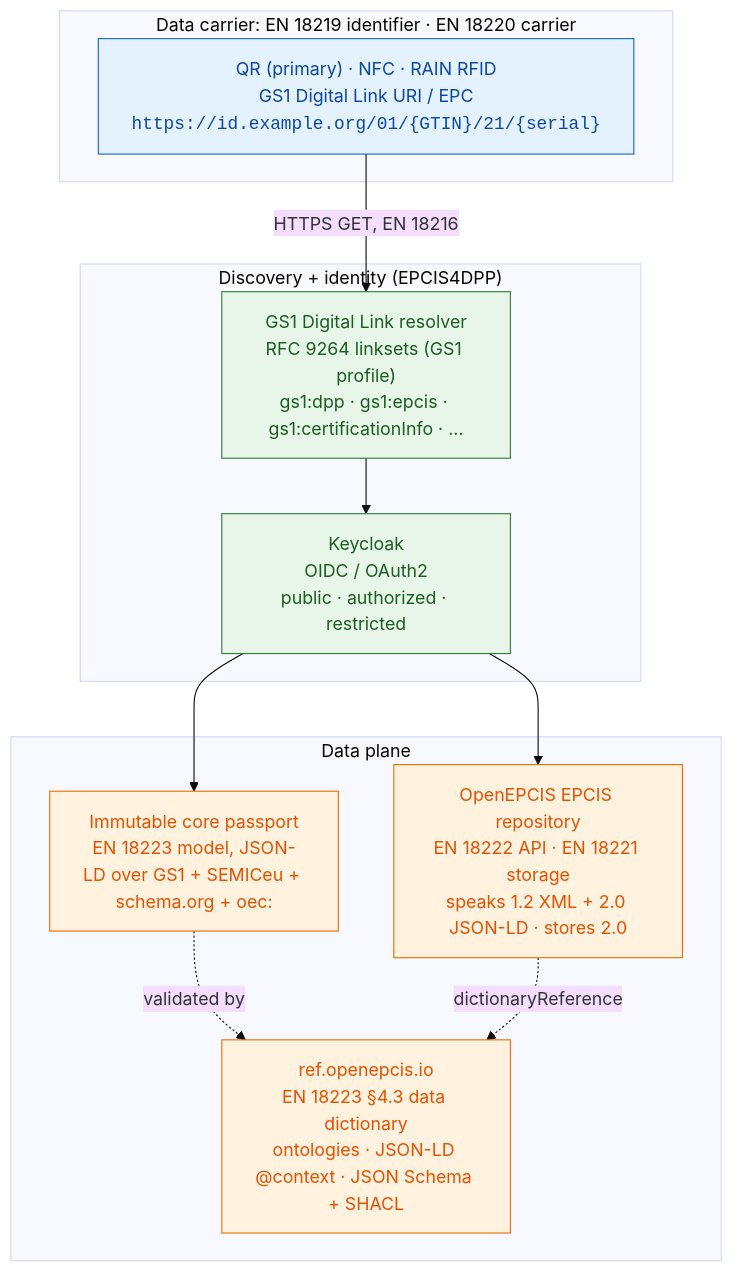
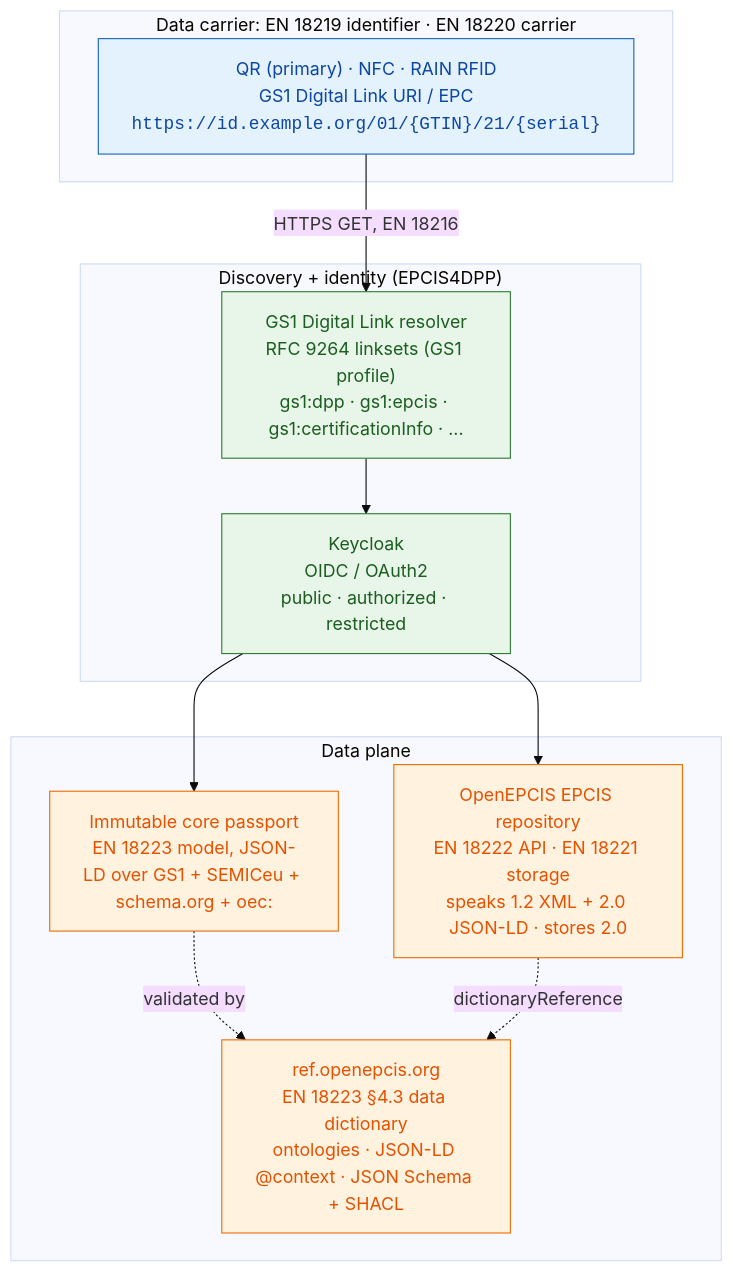
The first of 3 diagrams in extensions/common/interop/docs/GS1_STACK_EN182XX_WHITEPAPER.md (openepcis/openepcis-dpp-ready), drawn with Mermaid (base theme) before and after one commit. The commit also changed other lines of this file and 532 other files, not shown here.

````diff
--- a/extensions/common/interop/docs/GS1_STACK_EN182XX_WHITEPAPER.md
+++ b/extensions/common/interop/docs/GS1_STACK_EN182XX_WHITEPAPER.md
@@ -137,31 +137,31 @@
 ```mermaid
 flowchart TB
     subgraph CARRIER["Data carrier: EN 18219 identifier · EN 18220 carrier"]
         QR["QR (primary) · NFC · RAIN RFID<br/>GS1 Digital Link URI / EPC<br/><code>https://id.example.org/01/{GTIN}/21/{serial}</code>"]
     end
 
     subgraph EDGE["Discovery + identity (EPCIS4DPP)"]
         KC["Keycloak<br/>OIDC / OAuth2<br/>public · authorized · restricted"]
         DLR["GS1 Digital Link resolver<br/>RFC 9264 linksets (GS1 profile)<br/>gs1:dpp · gs1:epcis · gs1:certificationInfo · ..."]
     end
 
     subgraph DATA["Data plane"]
-        REG["ref.openepcis.io<br/>EN 18223 §4.3 data dictionary<br/>ontologies · JSON-LD @context · JSON Schema + SHACL"]
+        REG["ref.openepcis.org<br/>EN 18223 §4.3 data dictionary<br/>ontologies · JSON-LD @context · JSON Schema + SHACL"]
         CORE["Immutable core passport<br/>EN 18223 model, JSON-LD over GS1 + SEMICeu + schema.org + oec:"]
         EPCIS["OpenEPCIS EPCIS repository<br/>EN 18222 API · EN 18221 storage<br/>speaks 1.2 XML + 2.0 JSON-LD · stores 2.0"]
     end
 
     QR -->|HTTPS GET, EN 18216| DLR
     DLR --> KC
     KC --> CORE
     KC --> EPCIS
     CORE -. validated by .-> REG
     EPCIS -. dictionaryReference .-> REG
 
     classDef carrier fill:#e3f2fd,stroke:#1565c0,color:#0d47a1;
     classDef edge fill:#e8f5e9,stroke:#2e7d32,color:#1b5e20;
     classDef data fill:#fff3e0,stroke:#ef6c00,color:#e65100;
     class QR carrier;
     class KC,DLR edge;
     class REG,CORE,EPCIS data;
 ```
````
